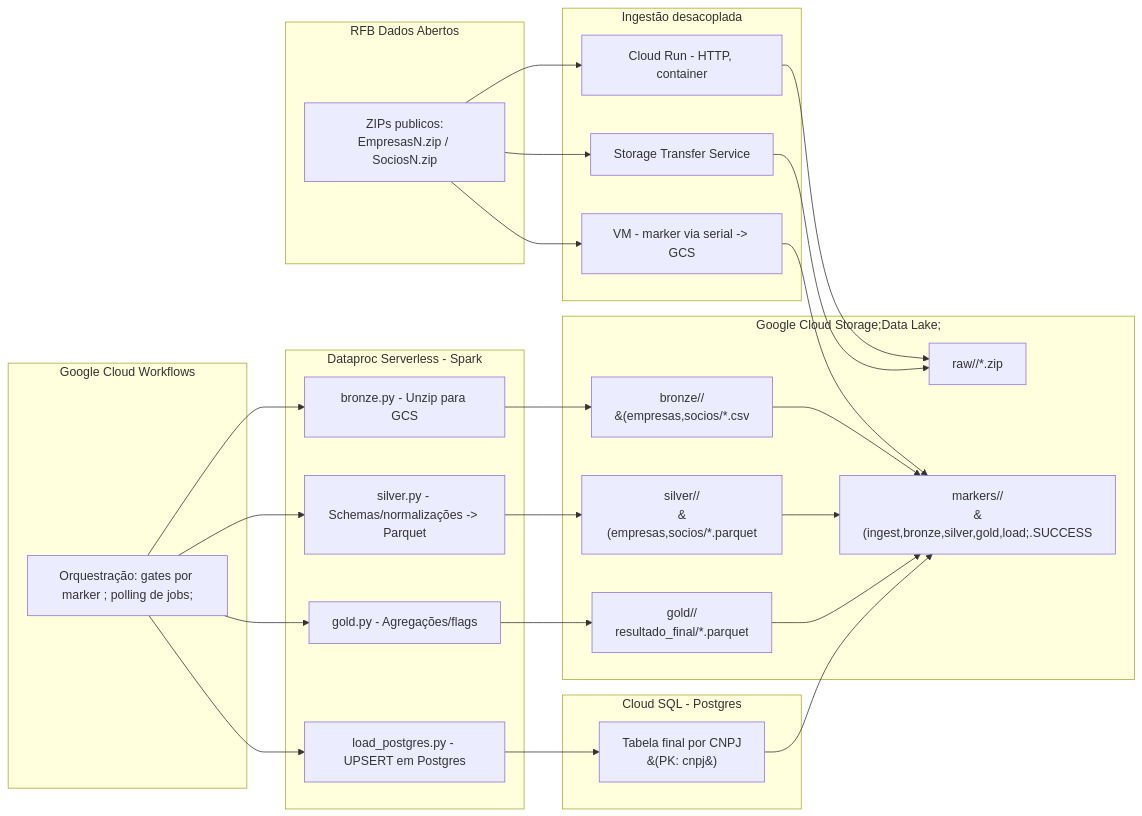
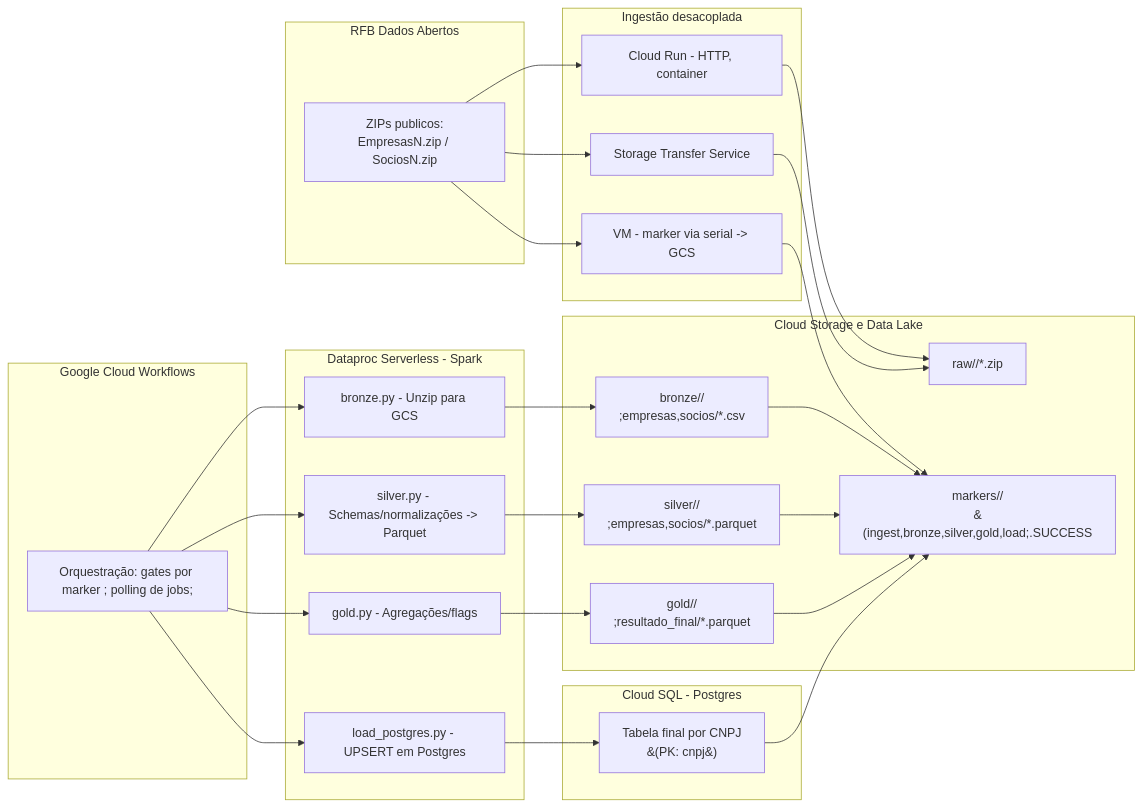
The diagram in README.md (jaquerando/case_stone), drawn with Mermaid before and after one commit.

````diff
--- a/README.md
+++ b/README.md
@@ -48,54 +48,54 @@
 ```mermaid
 flowchart LR
 
   %% === SOURCES ===
   subgraph SRC["RFB Dados Abertos"]
     s1["ZIPs publicos:<br/>EmpresasN.zip / SociosN.zip"]
   end
 
   %% === INGEST ===
   subgraph ING["Ingestão desacoplada"]
     A["Cloud Run - HTTP, container"]
     B["Storage Transfer Service"]
     C["VM - marker via serial -> GCS"]
   end
 
   %% === STORAGE ===
-  subgraph GCS["Google Cloud Storage;Data Lake;"]
+  subgraph GCS["Cloud Storage e Data Lake"]
     raw["raw/<run_id>/*.zip"]
-    brz["bronze/<run_id>/<br/>&#40;empresas,socios/*.csv"]
-    slv["silver/<run_id>/<br/>&#40;empresas,socios/*.parquet"]
-    gld["gold/<run_id>/<br/>resultado_final/*.parquet"]
+    brz["bronze/<run_id>/<br/>;empresas,socios/*.csv"]
+    slv["silver/<run_id>/<br/>;empresas,socios/*.parquet"]
+    gld["gold/<run_id>/<br/>;resultado_final/*.parquet"]
     mrk["markers/<run_id>/<br/>&#40;ingest,bronze,silver,gold,load;.SUCCESS"]
   end
 
   %% === WORKFLOWS ===
   subgraph WF["Google Cloud Workflows"]
     wf1["Orquestração: gates por marker ; polling de jobs;"]
   end
 
   %% === SPARK ===
   subgraph DP["Dataproc Serverless - Spark"]
     p1["bronze.py - Unzip para GCS"]
     p2["silver.py - Schemas/normalizações -> Parquet"]
     p3["gold.py - Agregações/flags"]
     p4["load_postgres.py - UPSERT em Postgres"]
   end
 
   %% === DB ===
   subgraph SQL["Cloud SQL - Postgres "]
     tbl["Tabela final por CNPJ<br/>&#40;PK: cnpj&#41;"]
   end
 
   %% === FLOWS ===
   s1 --> A & B & C
 
   A --> raw
   B --> raw
   C --> mrk
 
   wf1 --> p1 --> brz --> mrk
   wf1 --> p2 --> slv --> mrk
   wf1 --> p3 --> gld --> mrk
   wf1 --> p4 --> tbl --> mrk
 ```
````
